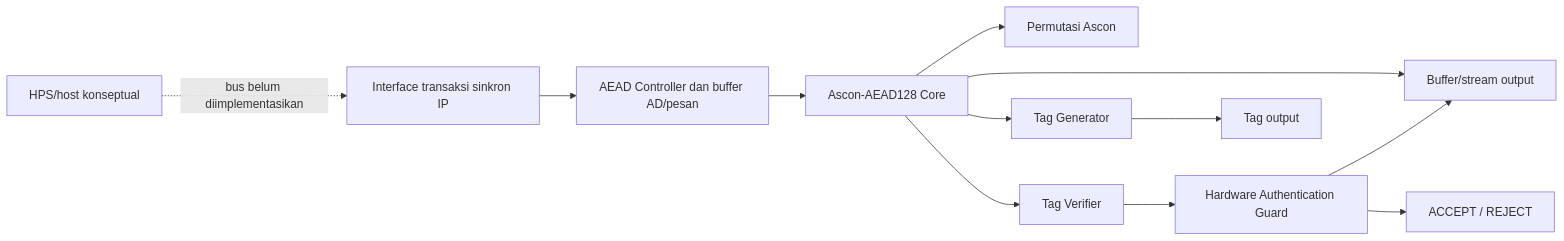
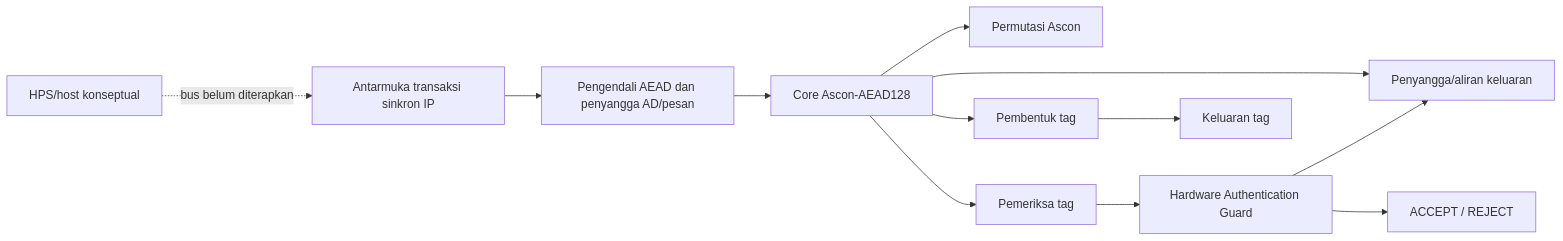
Before and after one commit to Ripanrz/secure-tiny: the first of 2 diagrams in docs/proposal-draft.md, drawn with Mermaid. The commit also changed other lines of this file and 7 other files, not shown here.

````diff
--- a/docs/proposal-draft.md
+++ b/docs/proposal-draft.md
@@ -72,14 +72,14 @@
 ```mermaid
 flowchart LR
-    H[HPS/host konseptual] -. "bus belum diimplementasikan" .-> I[Interface transaksi sinkron IP]
-    I --> C[AEAD Controller dan buffer AD/pesan]
-    C --> A[Ascon-AEAD128 Core]
+    H[HPS/host konseptual] -. "bus belum diterapkan" .-> I[Antarmuka transaksi sinkron IP]
+    I --> C[Pengendali AEAD dan penyangga AD/pesan]
+    C --> A[Core Ascon-AEAD128]
     A --> P[Permutasi Ascon]
-    A --> G[Tag Generator]
-    A --> V[Tag Verifier]
+    A --> G[Pembentuk tag]
+    A --> V[Pemeriksa tag]
     V --> Q[Hardware Authentication Guard]
-    A --> O[Buffer/stream output]
-    G --> T[Tag output]
+    A --> O[Penyangga/aliran keluaran]
+    G --> T[Keluaran tag]
     Q --> O
     Q --> S[ACCEPT / REJECT]
 ```
````
